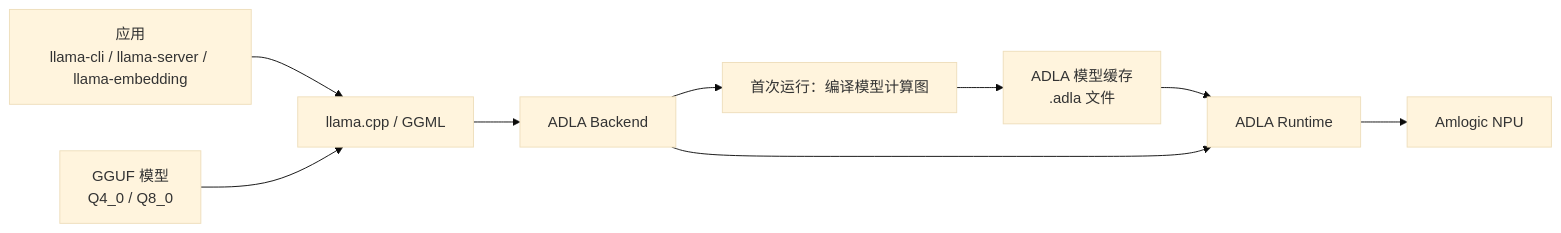
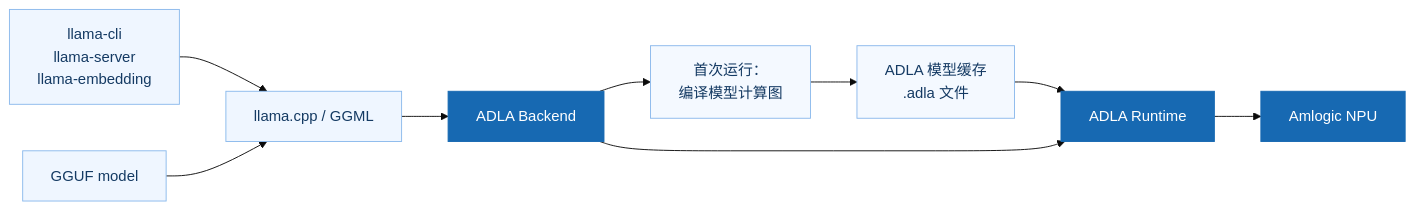
Before and after one commit to Amlogic-NN/amlnn-llama.cpp: the second of 2 diagrams in docs/backend/ADLA_zh.md, drawn with Mermaid (base theme).

````diff
--- a/docs/backend/ADLA_zh.md
+++ b/docs/backend/ADLA_zh.md
@@ -27,11 +27,17 @@
 ```mermaid
 flowchart LR
-    A["应用<br/>llama-cli / llama-server / llama-embedding"] --> B["llama.cpp / GGML"]
-    M["GGUF 模型<br/>Q4_0 / Q8_0"] --> B
+    A["llama-cli</br> llama-server</br>llama-embedding"] --> B["llama.cpp / GGML"]
+    M["GGUF model"] --> B
     B --> C["ADLA Backend"]
-    C --> D["首次运行：编译模型计算图"]
+    C --> D["首次运行：</br>编译模型计算图"]
     D --> E["ADLA 模型缓存<br/>.adla 文件"]
     E --> F["ADLA Runtime"]
     C --> F
     F --> G["Amlogic NPU"]
+    classDef model fill:#eff6ff,stroke:#8bb9ec,color:#143a63,stroke-width:1px
+    classDef core fill:#1769b2,stroke:#1769b2,color:#ffffff,stroke-width:1px
+    classDef output fill:#f4f9ff,stroke:#8bb9ec,color:#143a63,stroke-width:1px
+    class A,M,B model
+    class C,F,G core
+    class D,E output
 ```
````
